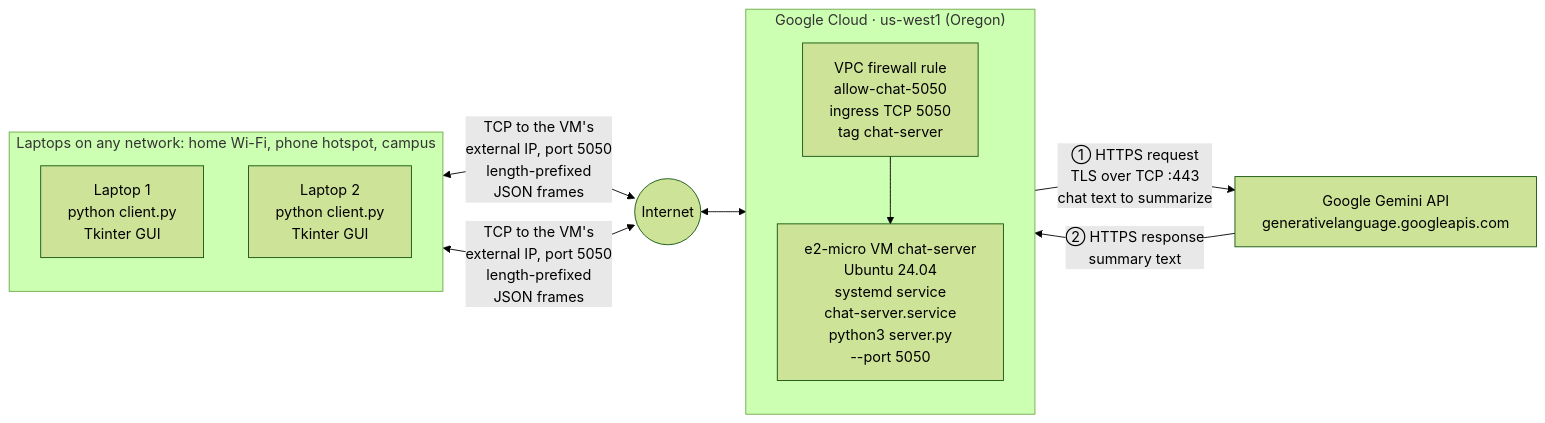
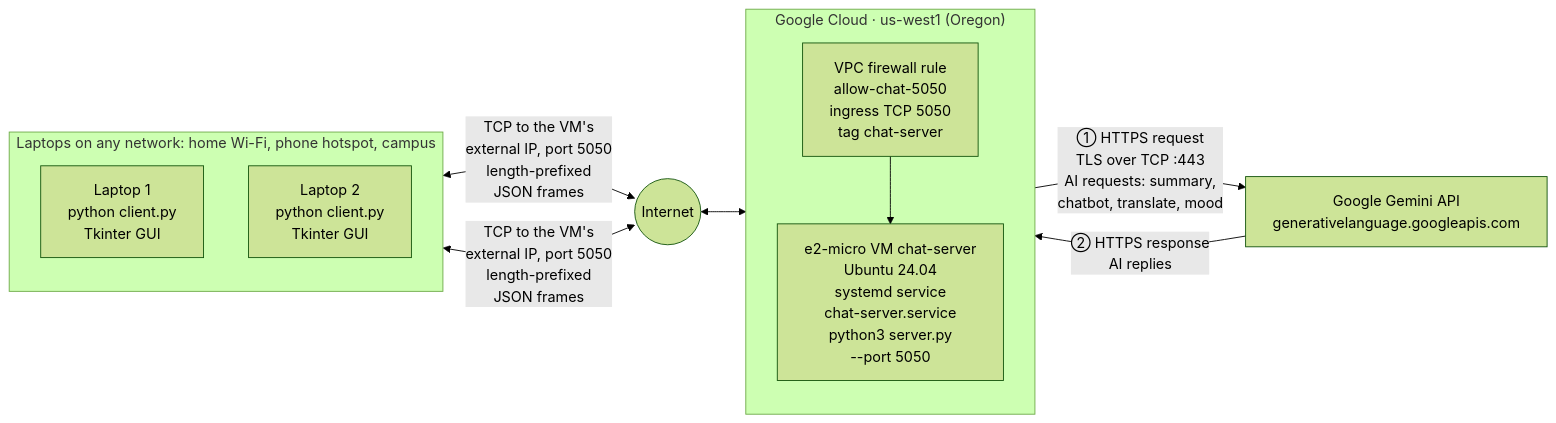
The second of 6 diagrams in docs/ARCHITECTURE.md (TanakritEuro/comnet-socket-chat), drawn with Mermaid (forest theme) before and after one commit. The commit also changed other lines of this file and 4 other files, not shown here.

First line of the commit message:
fix: group buttons/chat box always visible on small screens; AI diagram labels (#19)

````diff
--- a/docs/ARCHITECTURE.md
+++ b/docs/ARCHITECTURE.md
@@ -46,21 +47,21 @@
 ```mermaid
 flowchart LR
     subgraph NETS["Laptops on any network: home Wi-Fi, phone hotspot, campus"]
         direction TB
         A["Laptop 1<br/>python client.py<br/>Tkinter GUI"]
         B["Laptop 2<br/>python client.py<br/>Tkinter GUI"]
     end
     I(("Internet"))
     subgraph GCP["Google Cloud · us-west1 (Oregon)"]
         direction TB
         FW["VPC firewall rule<br/>allow-chat-5050<br/>ingress TCP 5050<br/>tag chat-server"]
         VM["e2-micro VM chat-server<br/>Ubuntu 24.04<br/>systemd service<br/>chat-server.service<br/>python3 server.py<br/>--port 5050"]
         FW --> VM
     end
     G["Google Gemini API<br/>generativelanguage.googleapis.com"]
     A <-->|"TCP to the VM's<br/>external IP, port 5050<br/>length-prefixed<br/>JSON frames"| I
     B <-->|"TCP to the VM's<br/>external IP, port 5050<br/>length-prefixed<br/>JSON frames"| I
     I <--> FW
-    VM -->|"① HTTPS request<br/>TLS over TCP :443<br/>chat text to summarize"| G
-    G -->|"② HTTPS response<br/>summary text"| VM
+    VM -->|"① HTTPS request<br/>TLS over TCP :443<br/>AI requests: summary,<br/>chatbot, translate, mood"| G
+    G -->|"② HTTPS response<br/>AI replies"| VM
 ```
````
